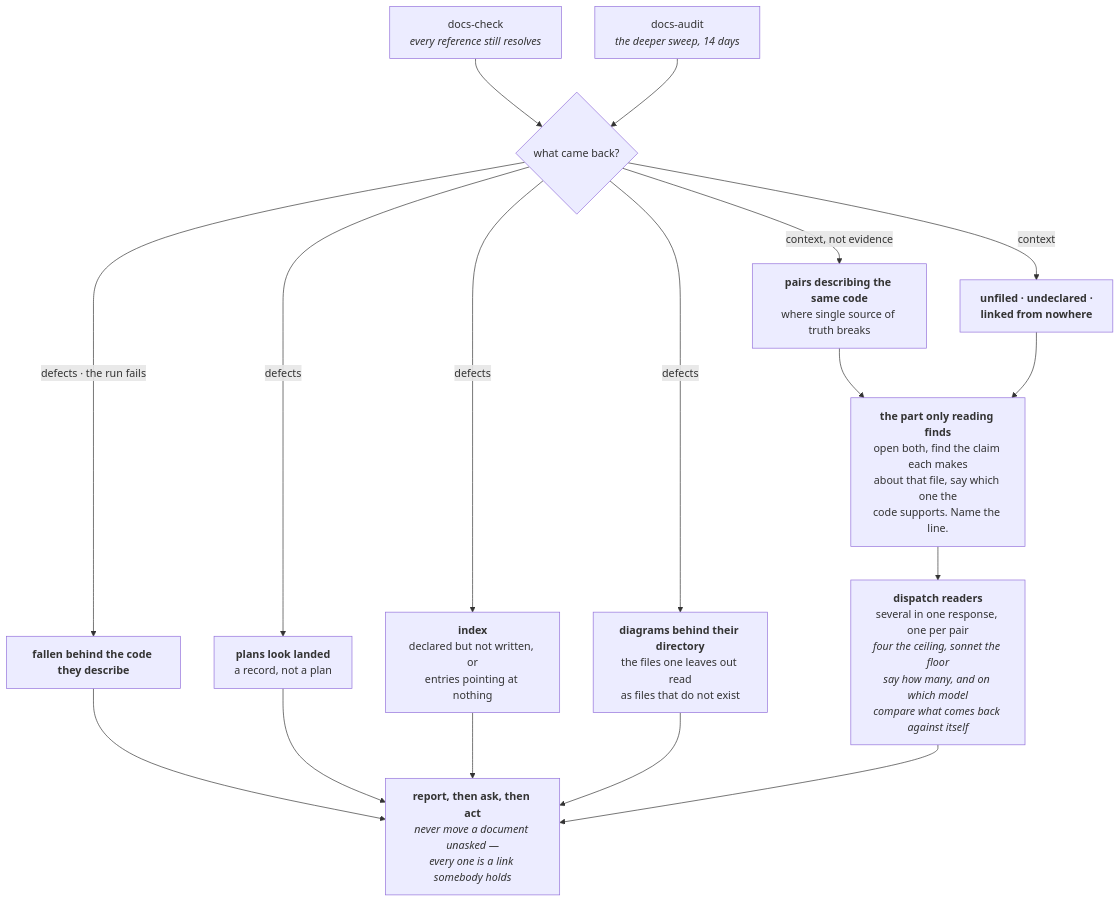
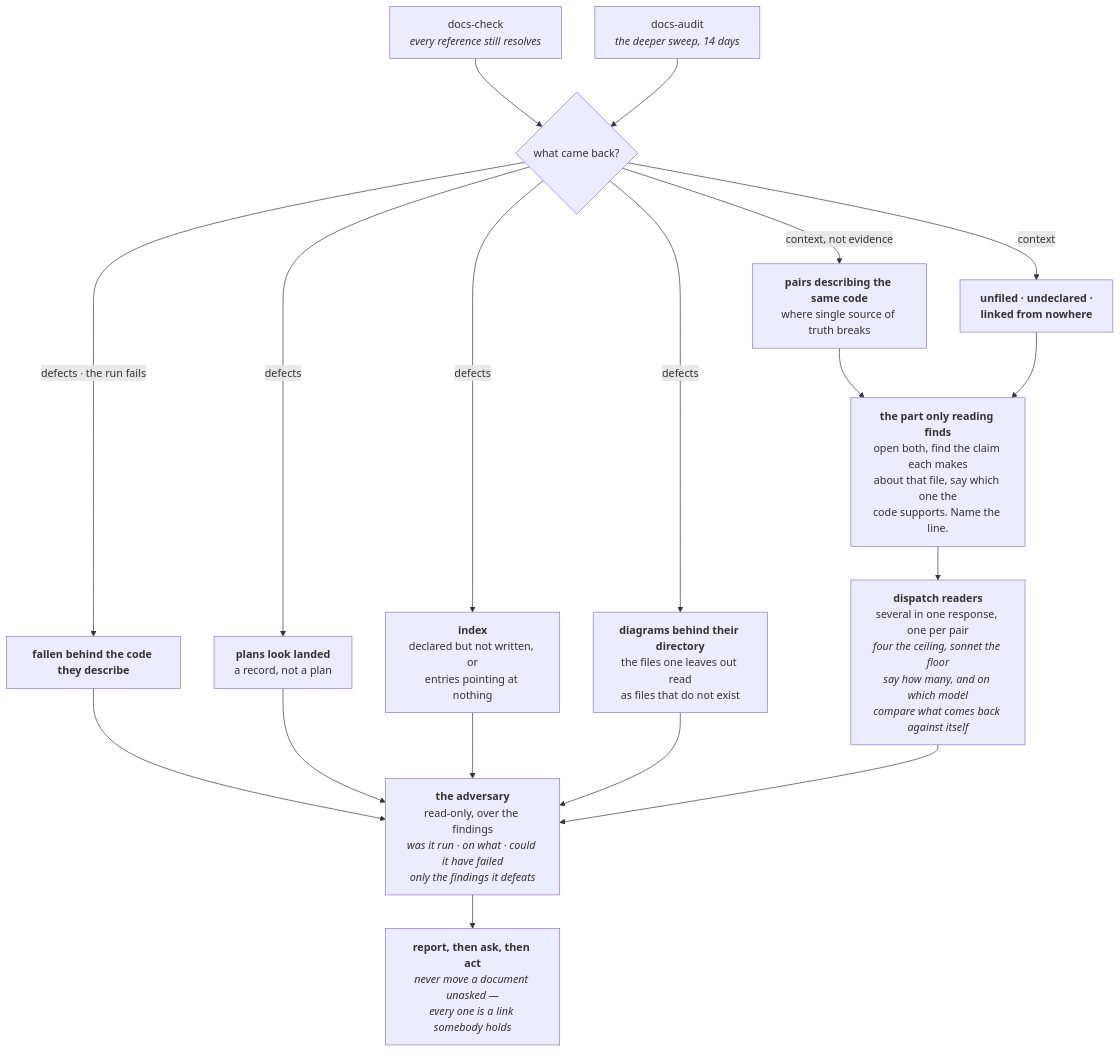
Before and after one commit to FanFantom9452/FanKeel: the seventh of 8 diagrams in docs/pipeline.md, drawn with Mermaid. The commit also changed other lines of this file, not shown here.

````diff
--- a/docs/pipeline.md
+++ b/docs/pipeline.md
@@ -544,32 +546,34 @@
 ```mermaid
 flowchart TD
     A["docs-check<br/><i>every reference still resolves</i>"]
     B["docs-audit<br/><i>the deeper sweep, 14 days</i>"]
     C{"what came back?"}
     D1["<b>fallen behind the code they describe</b>"]
     D2["<b>plans look landed</b><br/>a record, not a plan"]
     D3["<b>index</b><br/>declared but not written, or<br/>entries pointing at nothing"]
     D4["<b>diagrams behind their directory</b><br/>the files one leaves out read<br/>as files that do not exist"]
     E1["<b>pairs describing the same code</b><br/>where single source of truth breaks"]
     E2["<b>unfiled · undeclared ·<br/>linked from nowhere</b>"]
     F["<b>the part only reading finds</b><br/>open both, find the claim each makes<br/>about that file, say which one the<br/>code supports. Name the line."]
     F1["<b>dispatch readers</b><br/>several in one response, one per pair<br/><i>four the ceiling, sonnet the floor</i><br/><i>say how many, and on which model</i><br/><i>compare what comes back against itself</i>"]
+    F2["<b>the adversary</b><br/>read-only, over the findings<br/><i>was it run · on what · could it have failed</i><br/><i>only the findings it defeats</i>"]
     G["<b>report, then ask, then act</b><br/><i>never move a document unasked —<br/>every one is a link somebody holds</i>"]
 
     A --> C
     B --> C
     C -- "defects · the run fails" --> D1
     C -- "defects" --> D2
     C -- "defects" --> D3
     C -- "defects" --> D4
     C -- "context, not evidence" --> E1
     C -- "context" --> E2
     E1 --> F
     E2 --> F
-    D1 --> G
-    D2 --> G
-    D3 --> G
-    D4 --> G
+    D1 --> F2
+    D2 --> F2
+    D3 --> F2
+    D4 --> F2
     F --> F1
-    F1 --> G
+    F1 --> F2
+    F2 --> G
 ```
````
